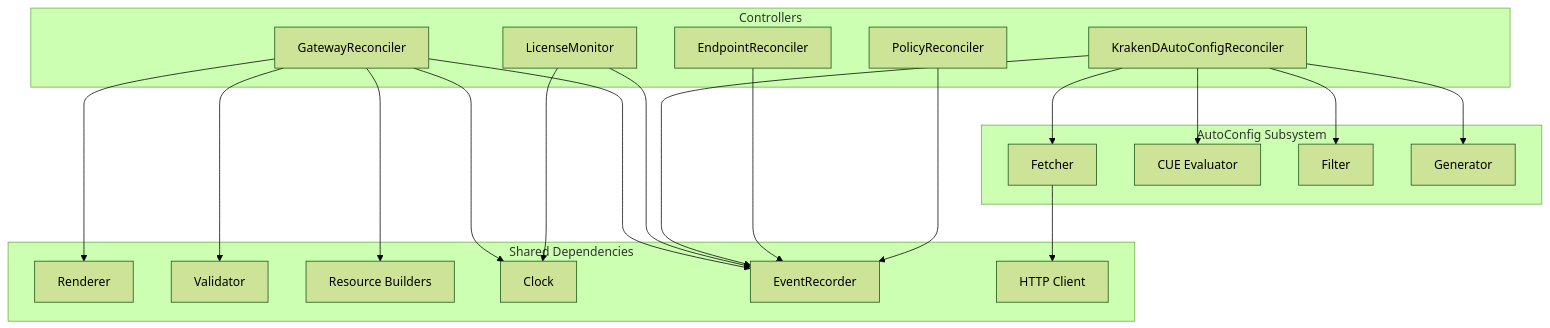
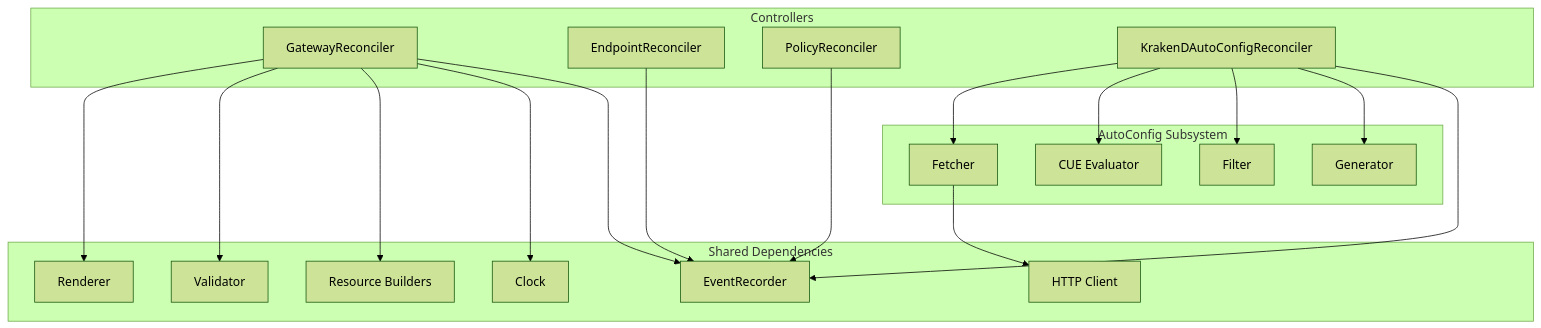
The second of 10 diagrams in architecture/application/application-architecture.md (MyCarrier-DevOps/KrakenD-Operator), drawn with Mermaid (forest theme) before and after one commit. The commit also changed other lines of this file, not shown here.

Commit message:
docs(application-architecture): swap license monitor for in-reconcile

````diff
--- a/architecture/application/application-architecture.md
+++ b/architecture/application/application-architecture.md
@@ -815,42 +801,39 @@
 ```mermaid
 graph TB
     subgraph "Controllers"
         GC[GatewayReconciler]
         EC[EndpointReconciler]
         PC[PolicyReconciler]
         ACC[KrakenDAutoConfigReconciler]
-        LM[LicenseMonitor]
     end
 
     subgraph "Shared Dependencies"
         R[Renderer]
         V[Validator]
         RB[Resource Builders]
         CL[Clock]
         REC[EventRecorder]
         HC[HTTP Client]
     end
 
     subgraph "AutoConfig Subsystem"
         FE[Fetcher]
         CUE_E[CUE Evaluator]
         FI[Filter]
         GEN[Generator]
     end
 
     GC --> R
     GC --> V
     GC --> RB
     GC --> CL
     GC --> REC
-    LM --> CL
-    LM --> REC
     ACC --> FE
     ACC --> CUE_E
     ACC --> FI
     ACC --> GEN
     ACC --> REC
     FE --> HC
     EC --> REC
     PC --> REC
 ```
````
